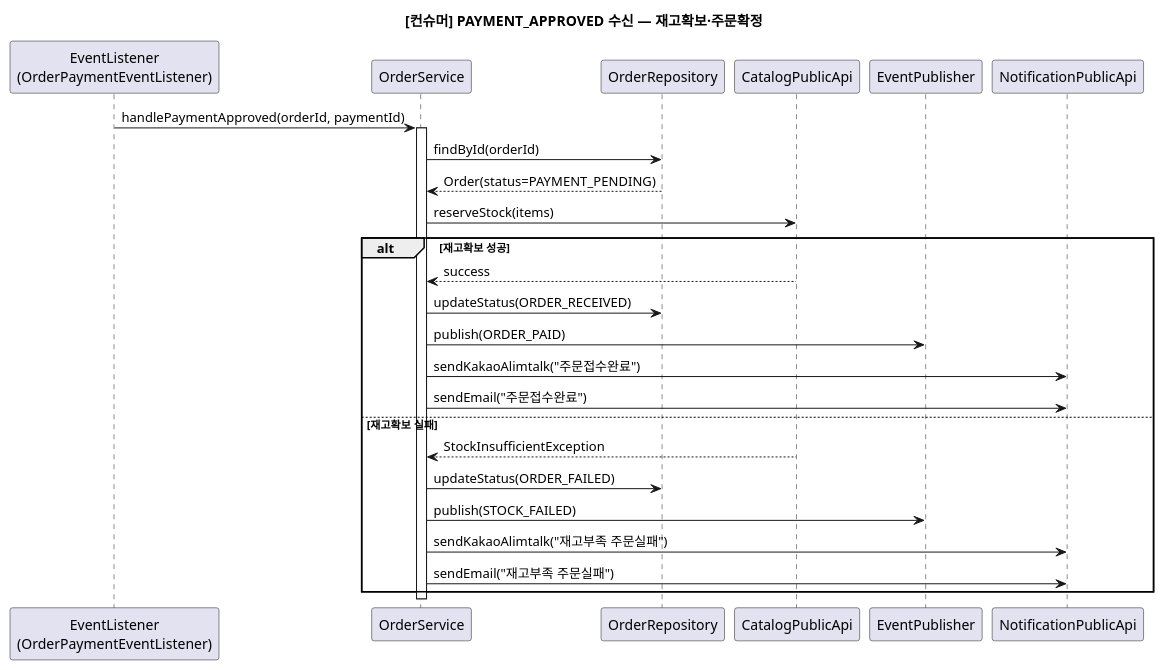
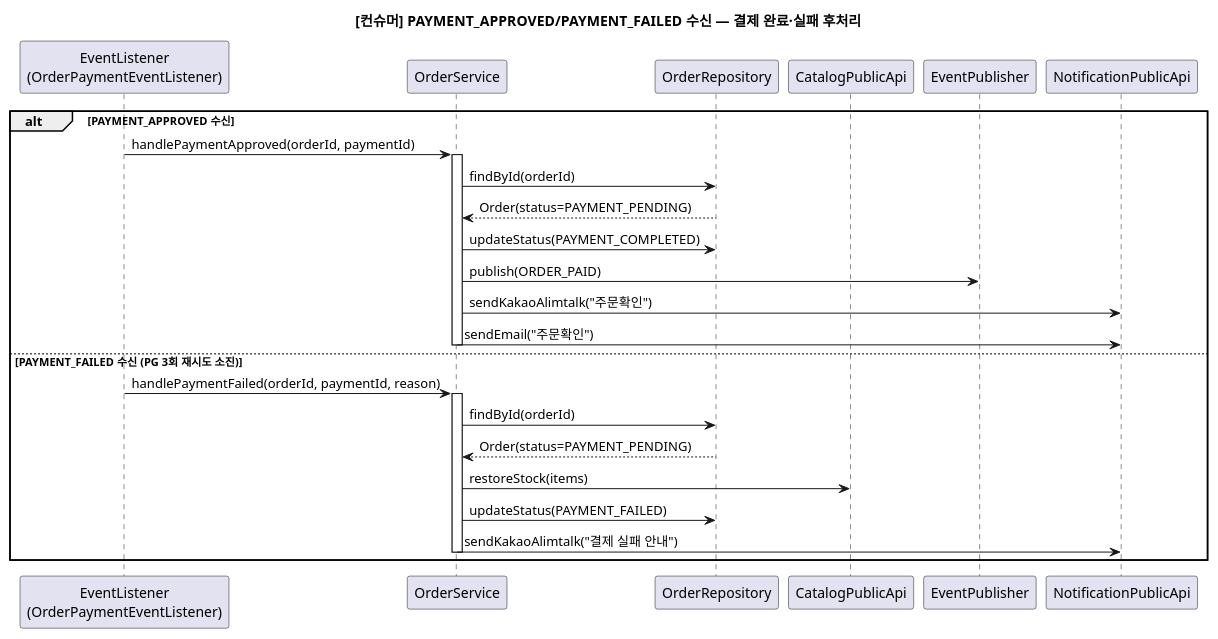
One commit to parknahyun/runNShop changed diagram 19 of 26 in docs/자산화-단계별/S3-상세설계/16-시퀀스(Order-Payment).md. Above: the diagram before and after it, drawn with PlantUML. The commit also changed other lines of this file and 14 other files, not shown here.

````diff
--- a/docs/자산화-단계별/S3-상세설계/16-시퀀스(Order-Payment).md
+++ b/docs/자산화-단계별/S3-상세설계/16-시퀀스(Order-Payment).md
@@ -867,35 +1052,33 @@
 ```plantuml
 @startuml
-title [컨슈머] PAYMENT_APPROVED 수신 — 재고확보·주문확정
+title [컨슈머] PAYMENT_APPROVED/PAYMENT_FAILED 수신 — 결제 완료·실패 후처리
 
 participant "EventListener\n(OrderPaymentEventListener)" as Listener
 participant "OrderService" as Service
 participant "OrderRepository" as Repo
 participant "CatalogPublicApi" as Catalog
 participant "EventPublisher" as Event
 participant "NotificationPublicApi" as Noti
 
-Listener -> Service : handlePaymentApproved(orderId, paymentId)
-activate Service
-
-Service -> Repo : findById(orderId)
-Repo --> Service : Order(status=PAYMENT_PENDING)
-
-Service -> Catalog : reserveStock(items)
-alt 재고확보 성공
-    Catalog --> Service : success
-    Service -> Repo : updateStatus(ORDER_RECEIVED)
+alt PAYMENT_APPROVED 수신
+    Listener -> Service : handlePaymentApproved(orderId, paymentId)
+    activate Service
+    Service -> Repo : findById(orderId)
+    Repo --> Service : Order(status=PAYMENT_PENDING)
+    Service -> Repo : updateStatus(PAYMENT_COMPLETED)
     Service -> Event : publish(ORDER_PAID)
-    Service -> Noti : sendKakaoAlimtalk("주문접수완료")
-    Service -> Noti : sendEmail("주문접수완료")
-else 재고확보 실패
-    Catalog --> Service : StockInsufficientException
-    Service -> Repo : updateStatus(ORDER_FAILED)
-    Service -> Event : publish(STOCK_FAILED)
-    Service -> Noti : sendKakaoAlimtalk("재고부족 주문실패")
-    Service -> Noti : sendEmail("재고부족 주문실패")
+    Service -> Noti : sendKakaoAlimtalk("주문확인")
+    Service -> Noti : sendEmail("주문확인")
+    deactivate Service
+else PAYMENT_FAILED 수신 (PG 3회 재시도 소진)
+    Listener -> Service : handlePaymentFailed(orderId, paymentId, reason)
+    activate Service
+    Service -> Repo : findById(orderId)
+    Repo --> Service : Order(status=PAYMENT_PENDING)
+    Service -> Catalog : restoreStock(items)
+    Service -> Repo : updateStatus(PAYMENT_FAILED)
+    Service -> Noti : sendKakaoAlimtalk("결제 실패 안내")
+    deactivate Service
 end
-
-deactivate Service
 @enduml
 ```
````
